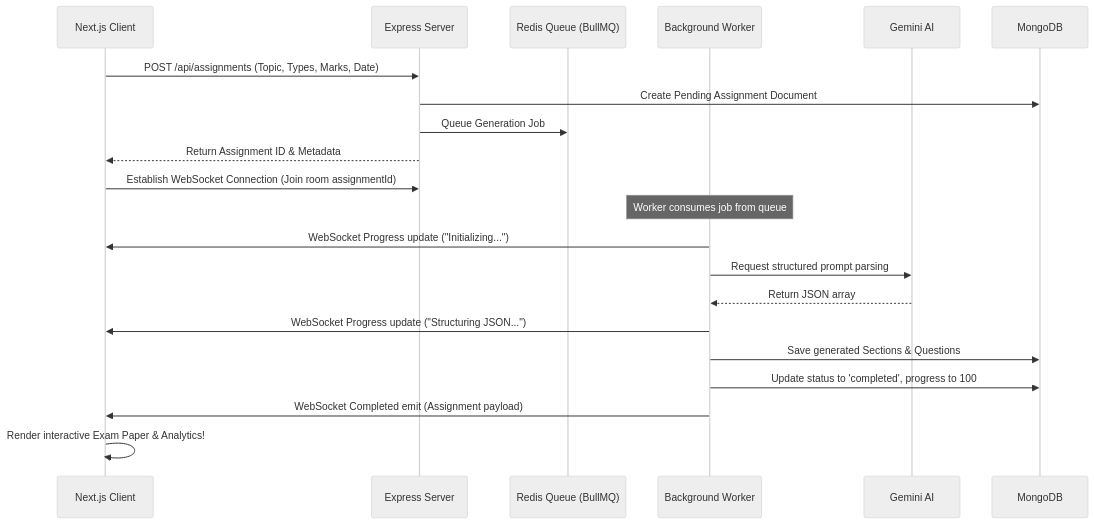
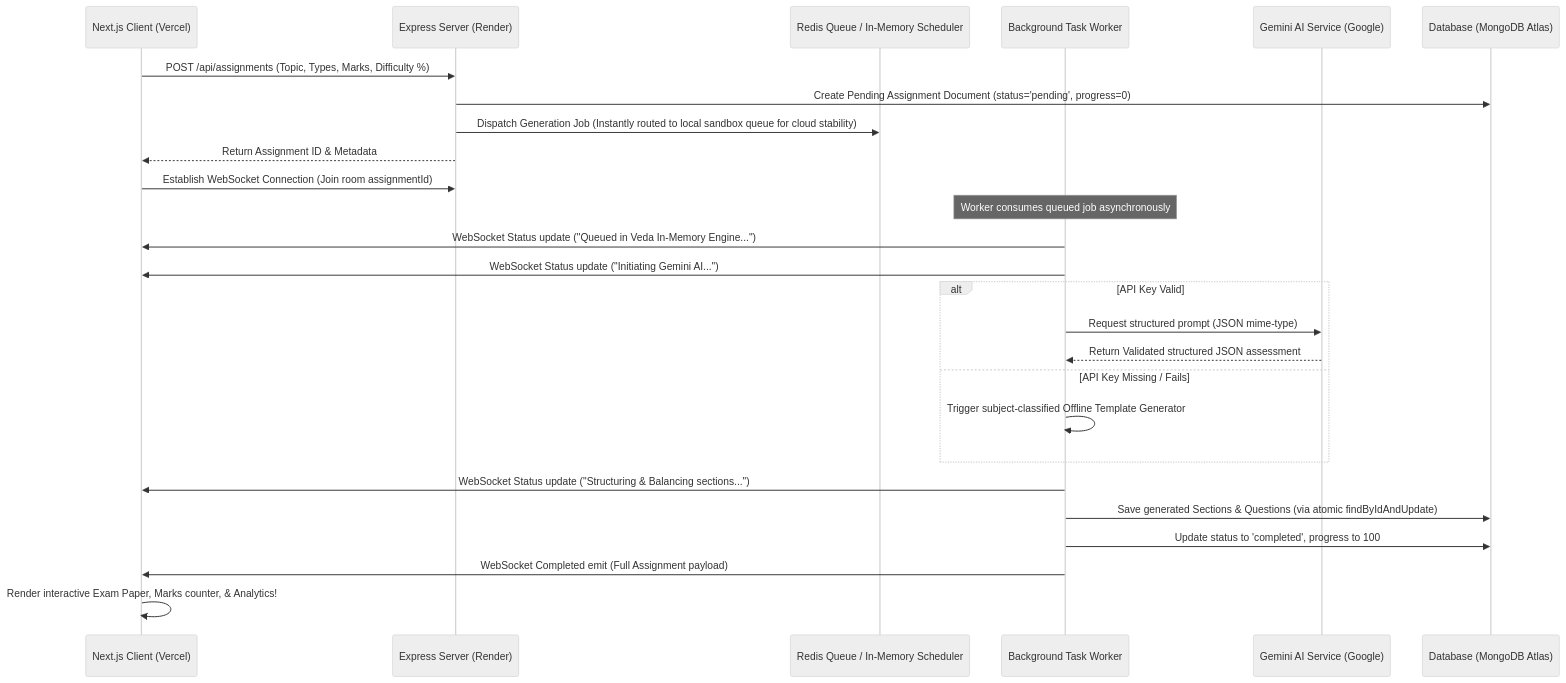
The diagram in README.md (piyushTripathi21/veda-ai-assessment-creator), drawn with Mermaid (neutral theme) before and after one commit. The commit also changed other lines of this file, not shown here.

Commit message:
docs: enrich root README with comprehensive system architecture, technical solutions, and live endpoints

````diff
--- a/README.md
+++ b/README.md
@@ -89,25 +49,32 @@
 ```mermaid
 sequenceDiagram
-    participant Teacher as Next.js Client
-    participant REST as Express Server
-    participant Queue as Redis Queue (BullMQ)
-    participant Worker as Background Worker
-    participant Gemini as Gemini AI
-    participant Mongo as MongoDB
+    participant Teacher as Next.js Client (Vercel)
+    participant REST as Express Server (Render)
+    participant Queue as Redis Queue / In-Memory Scheduler
+    participant Worker as Background Task Worker
+    participant Gemini as Gemini AI Service (Google)
+    participant Mongo as Database (MongoDB Atlas)
     
-    Teacher->>REST: POST /api/assignments (Topic, Types, Marks, Date)
-    REST->>Mongo: Create Pending Assignment Document
-    REST->>Queue: Queue Generation Job
+    Teacher->>REST: POST /api/assignments (Topic, Types, Marks, Difficulty %)
+    REST->>Mongo: Create Pending Assignment Document (status='pending', progress=0)
+    REST->>Queue: Dispatch Generation Job (Instantly routed to local sandbox queue for cloud stability)
     REST-->>Teacher: Return Assignment ID & Metadata
     Teacher->>REST: Establish WebSocket Connection (Join room assignmentId)
     
-    Note over Worker: Worker consumes job from queue
-    Worker->>Teacher: WebSocket Progress update ("Initializing...")
-    Worker->>Gemini: Request structured prompt parsing
-    Gemini-->>Worker: Return JSON array
-    Worker->>Teacher: WebSocket Progress update ("Structuring JSON...")
-    Worker->>Mongo: Save generated Sections & Questions
+    Note over Worker: Worker consumes queued job asynchronously
+    Worker->>Teacher: WebSocket Status update ("Queued in Veda In-Memory Engine...")
+    Worker->>Teacher: WebSocket Status update ("Initiating Gemini AI...")
+    
+    alt API Key Valid
+        Worker->>Gemini: Request structured prompt (JSON mime-type)
+        Gemini-->>Worker: Return Validated structured JSON assessment
+    else API Key Missing / Fails
+        Worker->>Worker: Trigger subject-classified Offline Template Generator
+    end
+    
+    Worker->>Teacher: WebSocket Status update ("Structuring & Balancing sections...")
+    Worker->>Mongo: Save generated Sections & Questions (via atomic findByIdAndUpdate)
     Worker->>Mongo: Update status to 'completed', progress to 100
-    Worker->>Teacher: WebSocket Completed emit (Assignment payload)
-    Teacher->>Teacher: Render interactive Exam Paper & Analytics!
+    Worker->>Teacher: WebSocket Completed emit (Full Assignment payload)
+    Teacher->>Teacher: Render interactive Exam Paper, Marks counter, & Analytics!
 ```
````
